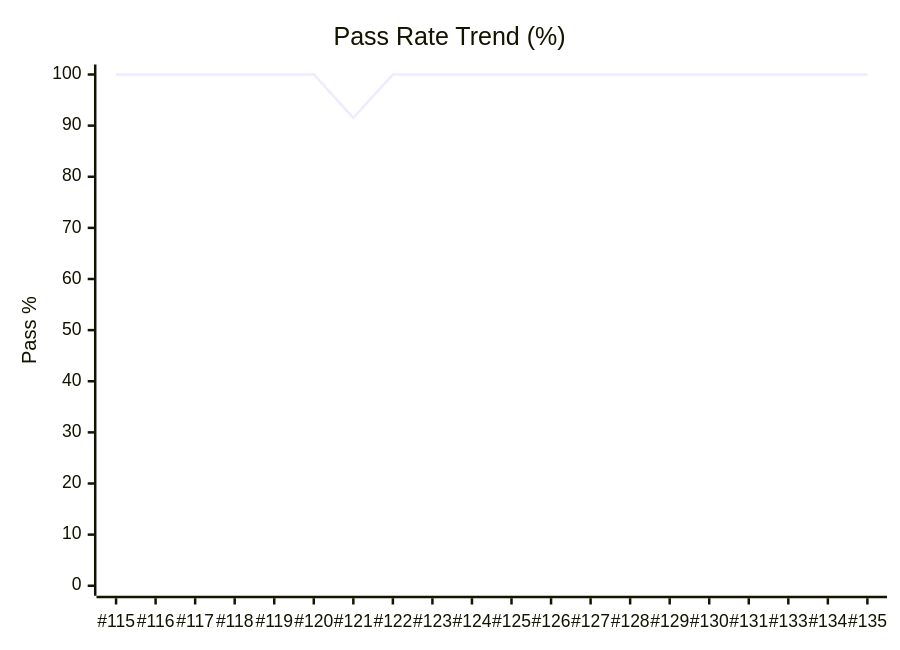
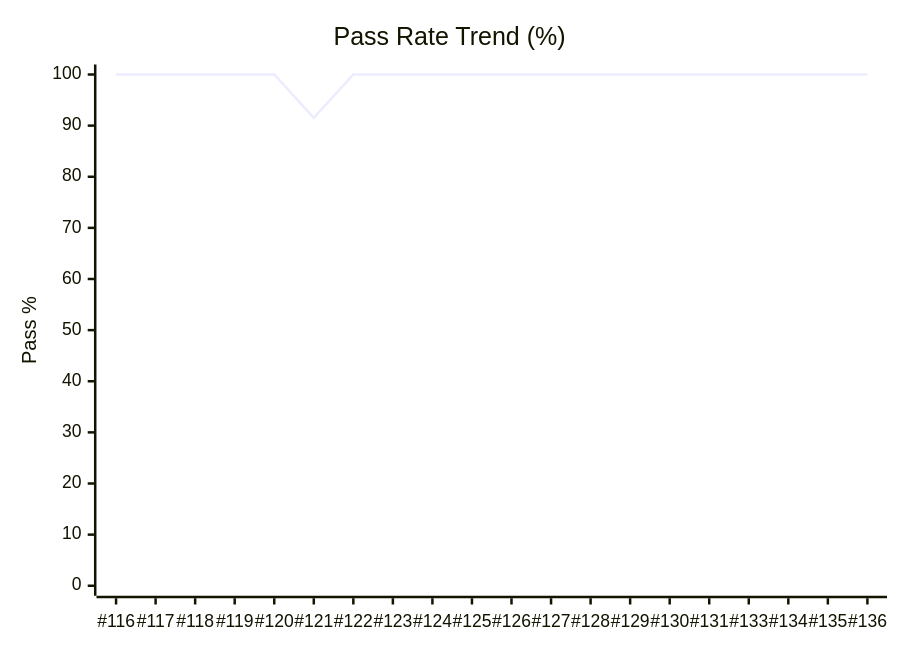
Before and after one commit to karimarie67/QA-boost: the diagram in dashboards/qa-metrics.md, drawn with Mermaid. The commit also changed other lines of this file and 2 other files, not shown here.

````diff
--- a/dashboards/qa-metrics.md
+++ b/dashboards/qa-metrics.md
@@ -24,7 +24,7 @@
 ```mermaid
 xychart-beta
     title "Pass Rate Trend (%)"
-    x-axis [#115, #116, #117, #118, #119, #120, #121, #122, #123, #124, #125, #126, #127, #128, #129, #130, #131, #133, #134, #135]
+    x-axis [#116, #117, #118, #119, #120, #121, #122, #123, #124, #125, #126, #127, #128, #129, #130, #131, #133, #134, #135, #136]
     y-axis "Pass %" 0 --> 100
-    line [100.0, 100.0, 100.0, 100.0, 100.0, 100.0, 91.5, 100.0, 100.0, 100.0, 100.0, 100.0, 100.0, 100.0, 100.0, 100.0, 100.0, 100.0, 100.0, 100.0]
+    line [100.0, 100.0, 100.0, 100.0, 100.0, 91.5, 100.0, 100.0, 100.0, 100.0, 100.0, 100.0, 100.0, 100.0, 100.0, 100.0, 100.0, 100.0, 100.0, 100.0]
 ```
````
